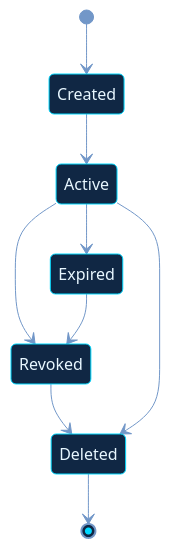
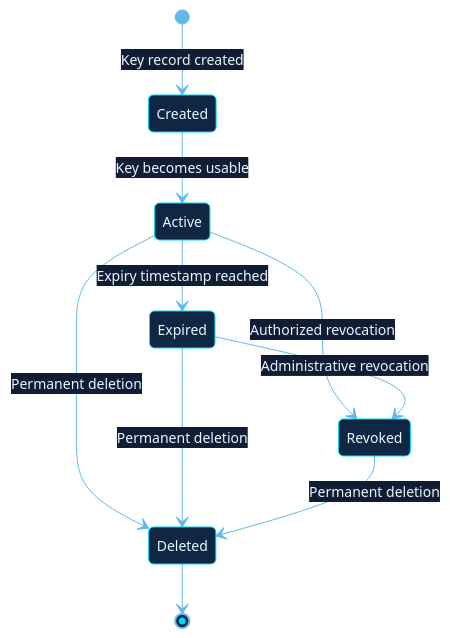
The tenth of 23 diagrams in README.md (shajeduzzamanenan992008inc/NexOra-Database-key-Gen), drawn with Mermaid before and after one commit. The commit also changed other lines of this file, not shown here.

````diff
--- a/README.md
+++ b/README.md
@@ -982,12 +966,23 @@
 ```mermaid
-%%{init: {"theme":"base","themeVariables":{"darkMode":true,"background":"#07111f","primaryColor":"#102744","primaryTextColor":"#e8f7ff","primaryBorderColor":"#00d9ff","lineColor":"#7297c8","secondaryColor":"#261d45","secondaryTextColor":"#f3eaff","secondaryBorderColor":"#a78bfa","tertiaryColor":"#12332b","tertiaryTextColor":"#e0fff1","tertiaryBorderColor":"#41e6a2","fontFamily":"Inter, Segoe UI, sans-serif","edgeLabelBackground":"#101d34","mainBkg":"#102744","nodeBorder":"#00d9ff","clusterBkg":"#0b1930","clusterBorder":"#6f7dff","actorBkg":"#102744","actorBorder":"#00d9ff","actorTextColor":"#e8f7ff","signalColor":"#64d8ff","signalTextColor":"#e8f7ff","noteBkgColor":"#0e332b","noteBorderColor":"#41e6a2","noteTextColor":"#e0fff1"}}}%%
+%%{init: {"theme":"base","themeVariables":{"darkMode":true,"background":"#07111f","primaryColor":"#102744","primaryTextColor":"#e8f7ff","primaryBorderColor":"#00d9ff","lineColor":"#62b9e8","secondaryColor":"#261d45","secondaryTextColor":"#f3eaff","secondaryBorderColor":"#a78bfa","tertiaryColor":"#12332b","tertiaryTextColor":"#e0fff1","tertiaryBorderColor":"#41e6a2","fontFamily":"Inter, Segoe UI, sans-serif","fontSize":"14px","edgeLabelBackground":"#101d34","mainBkg":"#102744","nodeBorder":"#00d9ff","clusterBkg":"#0b1930","clusterBorder":"#6f7dff","actorBkg":"#102744","actorBorder":"#00d9ff","actorTextColor":"#e8f7ff","signalColor":"#64d8ff","signalTextColor":"#e8f7ff","noteBkgColor":"#0e332b","noteBorderColor":"#41e6a2","noteTextColor":"#e0fff1"}}}%%
 stateDiagram-v2
-    [*] --> Created
-    Created --> Active
-    Active --> Expired
-    Active --> Revoked
-    Expired --> Revoked
-    Revoked --> Deleted
-    Active --> Deleted
+    direction TB
+    [*] --> Created : Key record created
+    Created --> Active : Key becomes usable
+    Active --> Expired : Expiry timestamp reached
+    Active --> Revoked : Authorized revocation
+    Expired --> Revoked : Administrative revocation
+    Active --> Deleted : Permanent deletion
+    Expired --> Deleted : Permanent deletion
+    Revoked --> Deleted : Permanent deletion
     Deleted --> [*]
+
+    classDef nxInfo fill:#17253e,stroke:#91a7c9,stroke-width:1.5px,color:#e5efff;
+    classDef nxSuccess fill:#0d3b2c,stroke:#3fffa0,stroke-width:2px,color:#e0fff0;
+    classDef nxWarning fill:#453116,stroke:#fbbf24,stroke-width:2px,color:#fff6d6;
+    classDef nxDanger fill:#451d30,stroke:#ff6688,stroke-width:2px,color:#fff0f3;
+    class Created nxInfo;
+    class Active nxSuccess;
+    class Expired nxWarning;
+    class Revoked,Deleted nxDanger;
 ```
````
